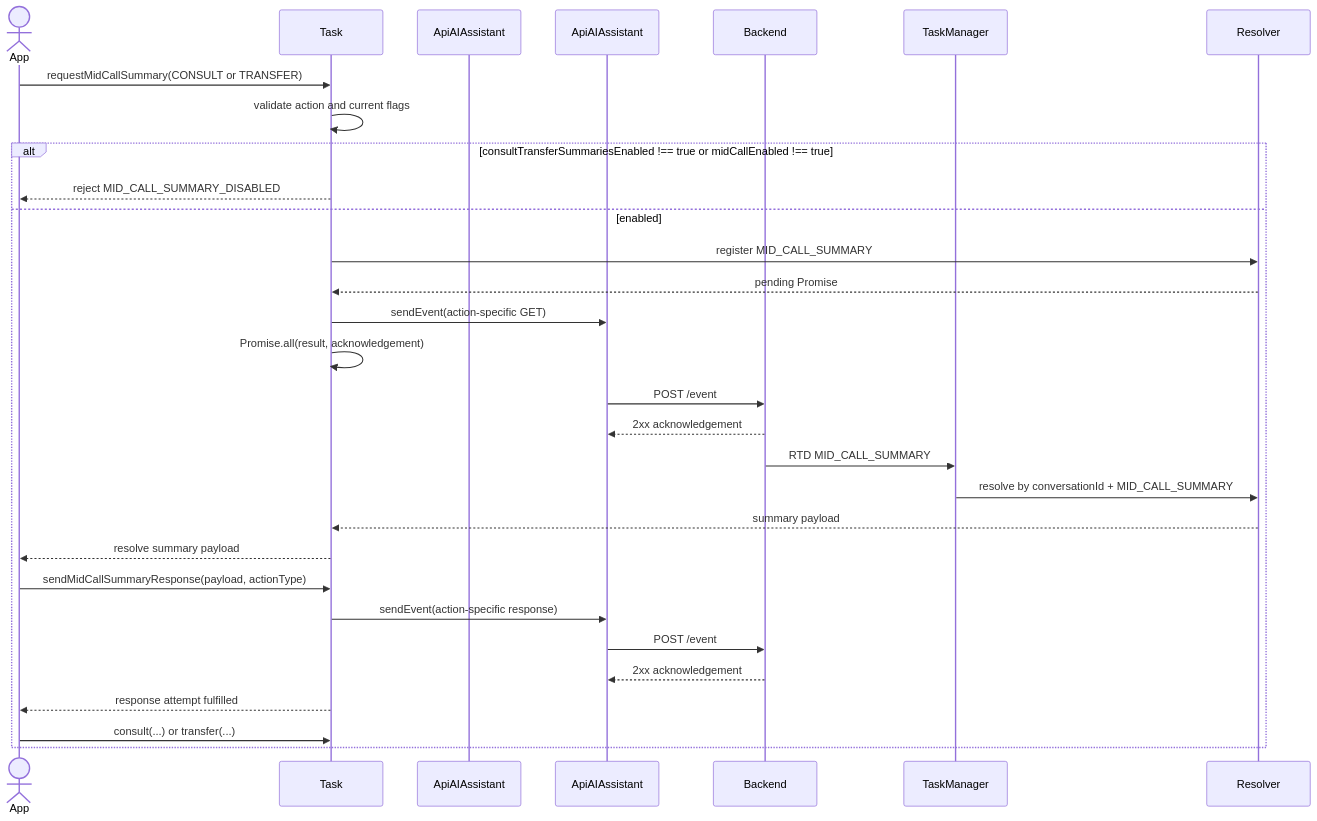
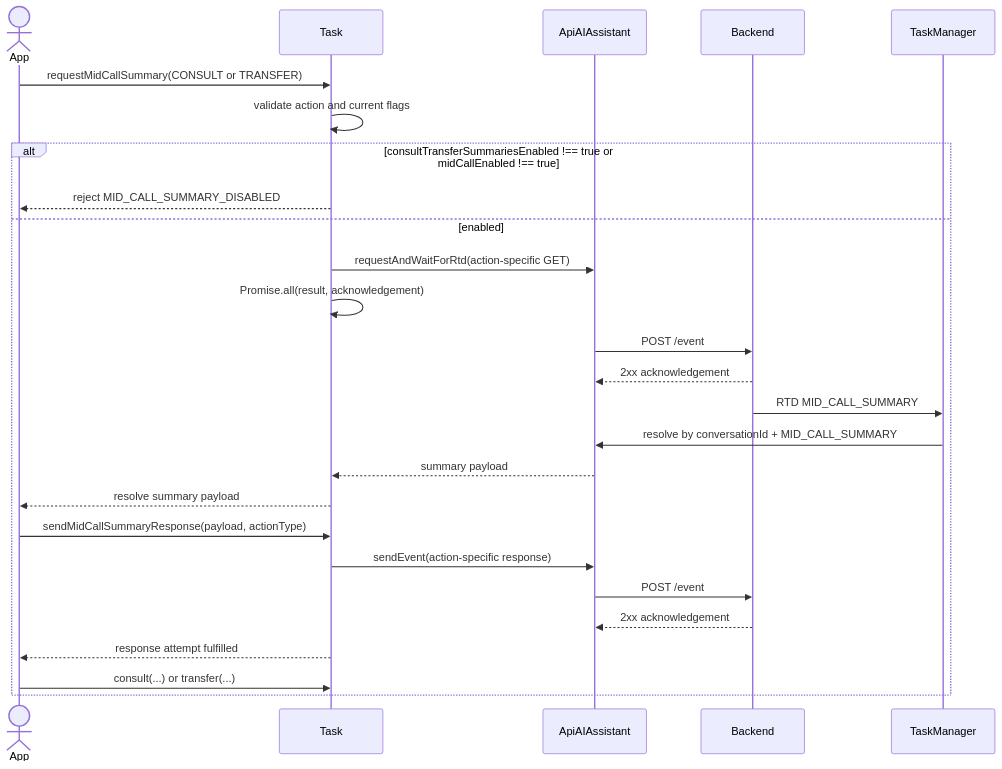
The eighth of 10 diagrams in packages/@webex/contact-center/src/services/task/ai-docs/ARCHITECTURE.md (webex/webex-js-sdk), drawn with Mermaid before and after one commit. The commit also changed other lines of this file and 19 other files, not shown here.

````diff
--- a/packages/@webex/contact-center/src/services/task/ai-docs/ARCHITECTURE.md
+++ b/packages/@webex/contact-center/src/services/task/ai-docs/ARCHITECTURE.md
@@ -473,32 +467,29 @@
 ```mermaid
 sequenceDiagram
   actor App
   participant Task
   participant Api as ApiAIAssistant
-  participant API as ApiAIAssistant
   participant Backend
   participant TM as TaskManager
 
   App->>Task: requestMidCallSummary(CONSULT or TRANSFER)
   Task->>Task: validate action and current flags
   alt consultTransferSummariesEnabled !== true or midCallEnabled !== true
     Task-->>App: reject MID_CALL_SUMMARY_DISABLED
   else enabled
-    Task->>Resolver: register MID_CALL_SUMMARY
-    Resolver-->>Task: pending Promise
-    Task->>API: sendEvent(action-specific GET)
+    Task->>Api: requestAndWaitForRtd(action-specific GET)
     Task->>Task: Promise.all(result, acknowledgement)
-    API->>Backend: POST /event
-    Backend-->>API: 2xx acknowledgement
+    Api->>Backend: POST /event
+    Backend-->>Api: 2xx acknowledgement
     Backend->>TM: RTD MID_CALL_SUMMARY
-    TM->>Resolver: resolve by conversationId + MID_CALL_SUMMARY
-    Resolver-->>Task: summary payload
+    TM->>Api: resolve by conversationId + MID_CALL_SUMMARY
+    Api-->>Task: summary payload
     Task-->>App: resolve summary payload
     App->>Task: sendMidCallSummaryResponse(payload, actionType)
-    Task->>API: sendEvent(action-specific response)
-    API->>Backend: POST /event
-    Backend-->>API: 2xx acknowledgement
+    Task->>Api: sendEvent(action-specific response)
+    Api->>Backend: POST /event
+    Backend-->>Api: 2xx acknowledgement
     Task-->>App: response attempt fulfilled
     App->>Task: consult(...) or transfer(...)
   end
 ```
````
